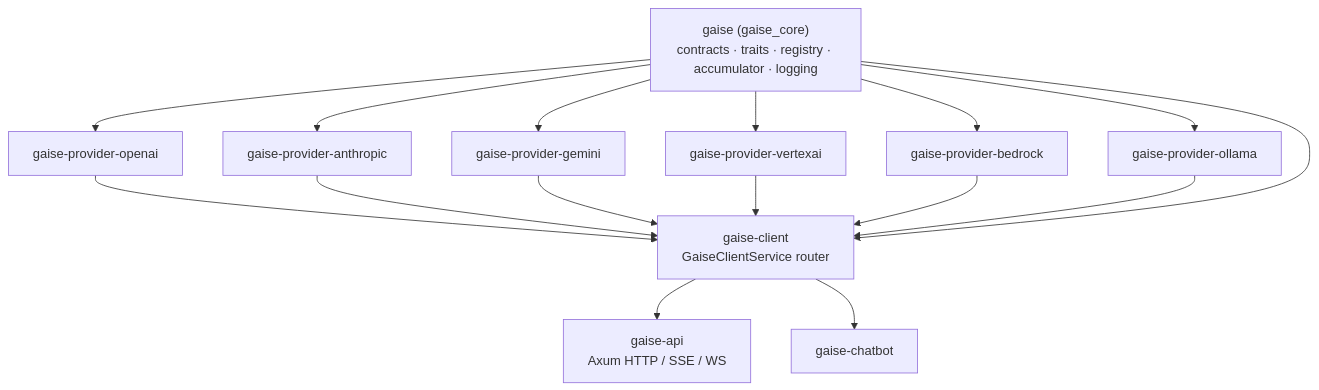
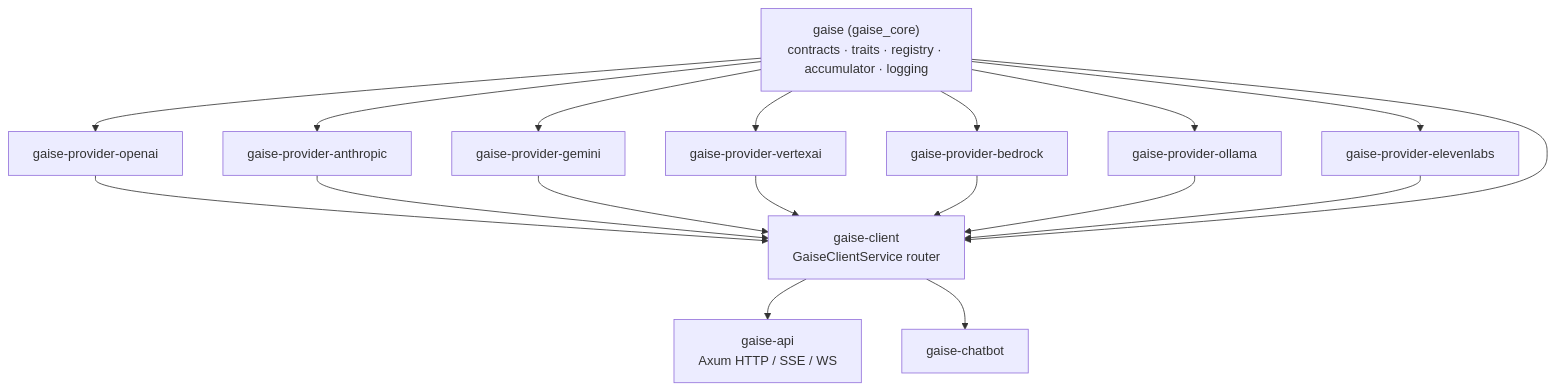
One commit to ikcore/gaise changed the first of 5 diagrams in wiki/sdk.md. Above: the diagram before and after it, drawn with Mermaid. The commit also changed other lines of this file and 66 other files, not shown here.

````diff
--- a/wiki/sdk.md
+++ b/wiki/sdk.md
@@ -23,18 +24,19 @@
 ```mermaid
 flowchart TD
     core["gaise (gaise_core)<br/>contracts · traits · registry · accumulator · logging"]
     oai[gaise-provider-openai]
     ant[gaise-provider-anthropic]
     gem[gaise-provider-gemini]
     vai[gaise-provider-vertexai]
     bed[gaise-provider-bedrock]
     oll[gaise-provider-ollama]
+    ell[gaise-provider-elevenlabs]
     client["gaise-client<br/>GaiseClientService router"]
     api["gaise-api<br/>Axum HTTP / SSE / WS"]
     bot[gaise-chatbot]
-    core --> oai & ant & gem & vai & bed & oll
-    oai & ant & gem & vai & bed & oll --> client
+    core --> oai & ant & gem & vai & bed & oll & ell
+    oai & ant & gem & vai & bed & oll & ell --> client
     core --> client
     client --> api
     client --> bot
 ```
````
